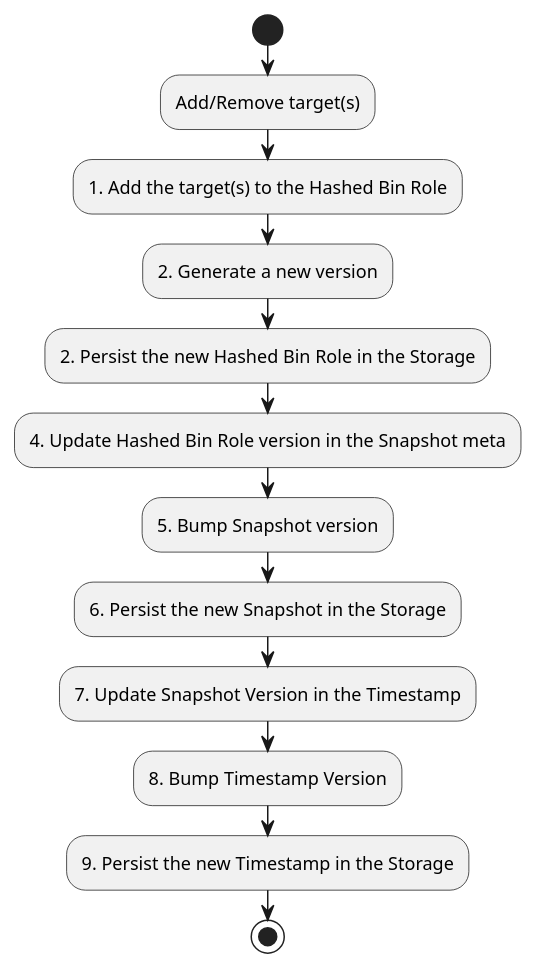
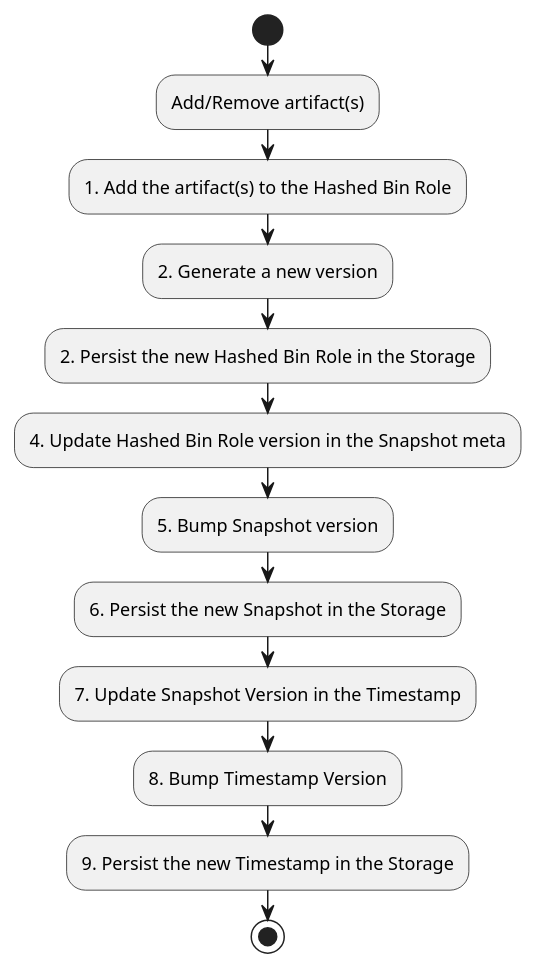
Before and after one commit to repository-service-tuf/repository-service-tuf-worker: the second of 3 diagrams in docs/source/devel/index.rst, drawn with PlantUML. The commit also changed other lines of this file and 9 other files, not shown here.

```diff
--- a/docs/source/devel/index.rst
+++ b/docs/source/devel/index.rst
@@ -119,17 +119,17 @@
 .. uml::
 
   @startuml
       !pragma useVerticalIf
       start
-      :Add/Remove target(s);
-      :1. Add the target(s) to the Hashed Bin Role;
+      :Add/Remove artifact(s);
+      :1. Add the artifact(s) to the Hashed Bin Role;
       :2. Generate a new version;
       :2. Persist the new Hashed Bin Role in the Storage;
       :4. Update Hashed Bin Role version in the Snapshot meta;
       :5. Bump Snapshot version;
       :6. Persist the new Snapshot in the Storage;
       :7. Update Snapshot Version in the Timestamp;
       :8. Bump Timestamp Version;
       :9. Persist the new Timestamp in the Storage;
       stop
     @enduml
```
